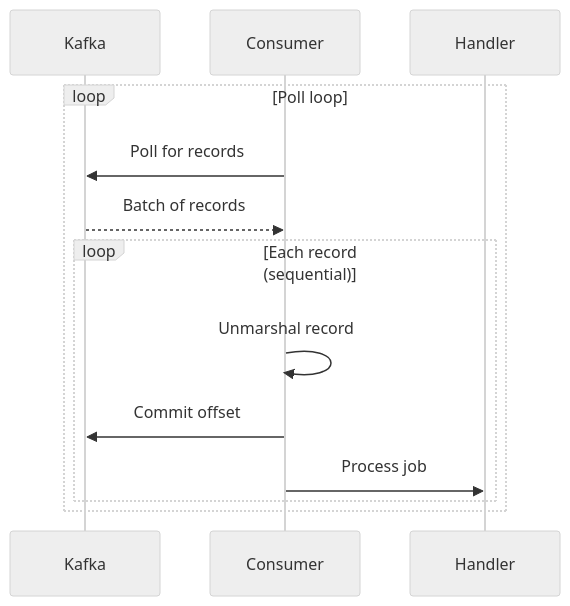
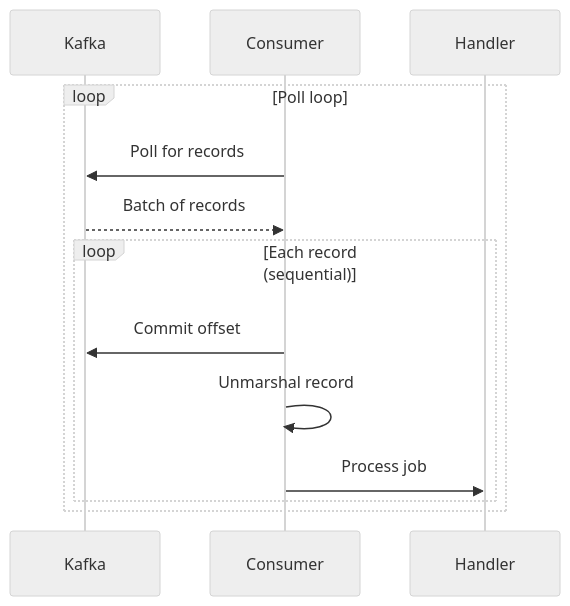
The second of 10 diagrams in kafka/README.md (matmazurk/oidc-keepie), drawn with Mermaid (neutral theme) before and after one commit. The commit also changed other lines of this file and 1 other file, not shown here.

Commit message:
commit offset at the very beginning

````diff
--- a/kafka/README.md
+++ b/kafka/README.md
@@ -41,17 +41,17 @@
 ```mermaid
 sequenceDiagram
     participant Kafka
     participant Consumer
     participant Handler
 
     loop Poll loop
         Consumer->>Kafka: Poll for records
         Kafka-->>Consumer: Batch of records
 
         loop Each record (sequential)
+            Consumer->>Kafka: Commit offset
             Consumer->>Consumer: Unmarshal record
-            Consumer->>Kafka: Commit offset
             Consumer->>Handler: Process job
         end
     end
 ```
````
